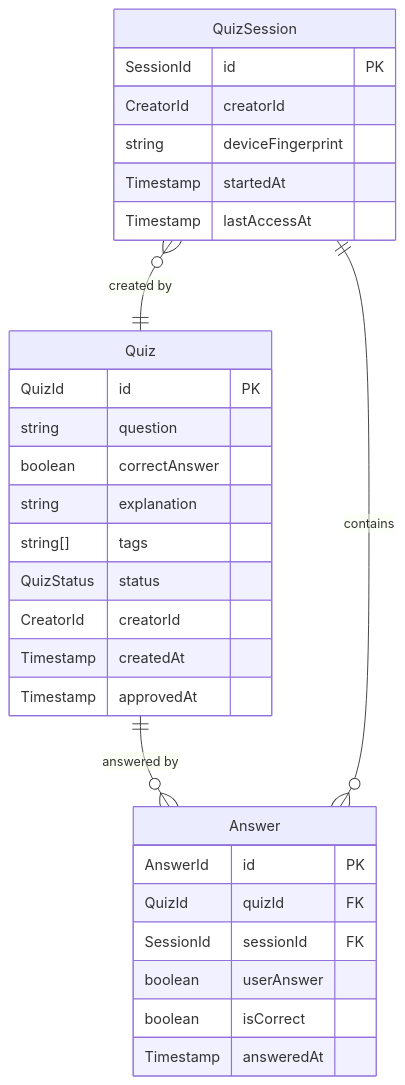
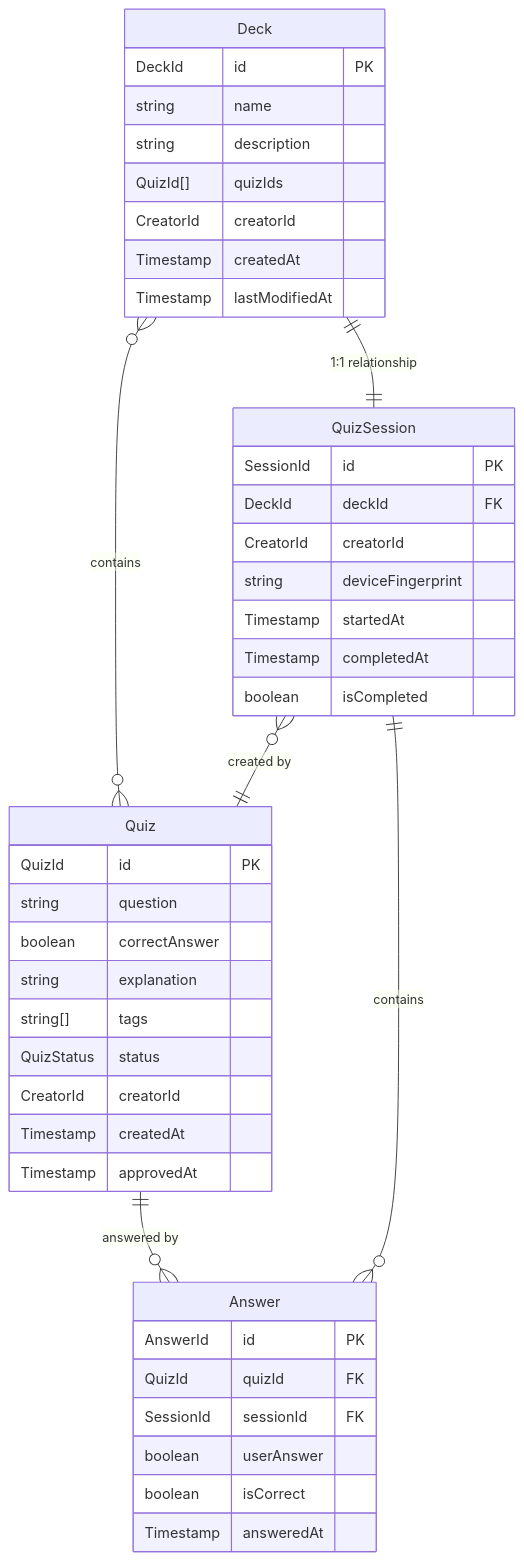
One commit to tanacchi/your-quiz changed the diagram in docs/project/ddd-design/2.06_entity-relationship-analysis/entity-relationship-analysis.md. Above: the diagram before and after it, drawn with Mermaid. The commit also changed other lines of this file and 19 other files, not shown here.

````diff
--- a/docs/project/ddd-design/2.06_entity-relationship-analysis/entity-relationship-analysis.md
+++ b/docs/project/ddd-design/2.06_entity-relationship-analysis/entity-relationship-analysis.md
@@ -13,35 +13,49 @@
 ```mermaid
 erDiagram
     Quiz {
         QuizId id PK
         string question
         boolean correctAnswer
         string explanation
         string[] tags
         QuizStatus status
         CreatorId creatorId
         Timestamp createdAt
         Timestamp approvedAt
     }
 
+    Deck {
+        DeckId id PK
+        string name
+        string description
+        QuizId[] quizIds
+        CreatorId creatorId
+        Timestamp createdAt
+        Timestamp lastModifiedAt
+    }
+
+    QuizSession {
+        SessionId id PK
+        DeckId deckId FK
+        CreatorId creatorId
+        string deviceFingerprint
+        Timestamp startedAt
+        Timestamp completedAt
+        boolean isCompleted
+    }
+
     Answer {
         AnswerId id PK
         QuizId quizId FK
         SessionId sessionId FK
         boolean userAnswer
         boolean isCorrect
         Timestamp answeredAt
     }
 
-    QuizSession {
-        SessionId id PK
-        CreatorId creatorId
-        string deviceFingerprint
-        Timestamp startedAt
-        Timestamp lastAccessAt
-    }
-
     Quiz ||--o{ Answer : "answered by"
+    Deck ||--|| QuizSession : "1:1 relationship"
+    Deck }o--o{ Quiz : "contains"
     QuizSession ||--o{ Answer : "contains"
     QuizSession }o--|| Quiz : "created by"
 ```
````
